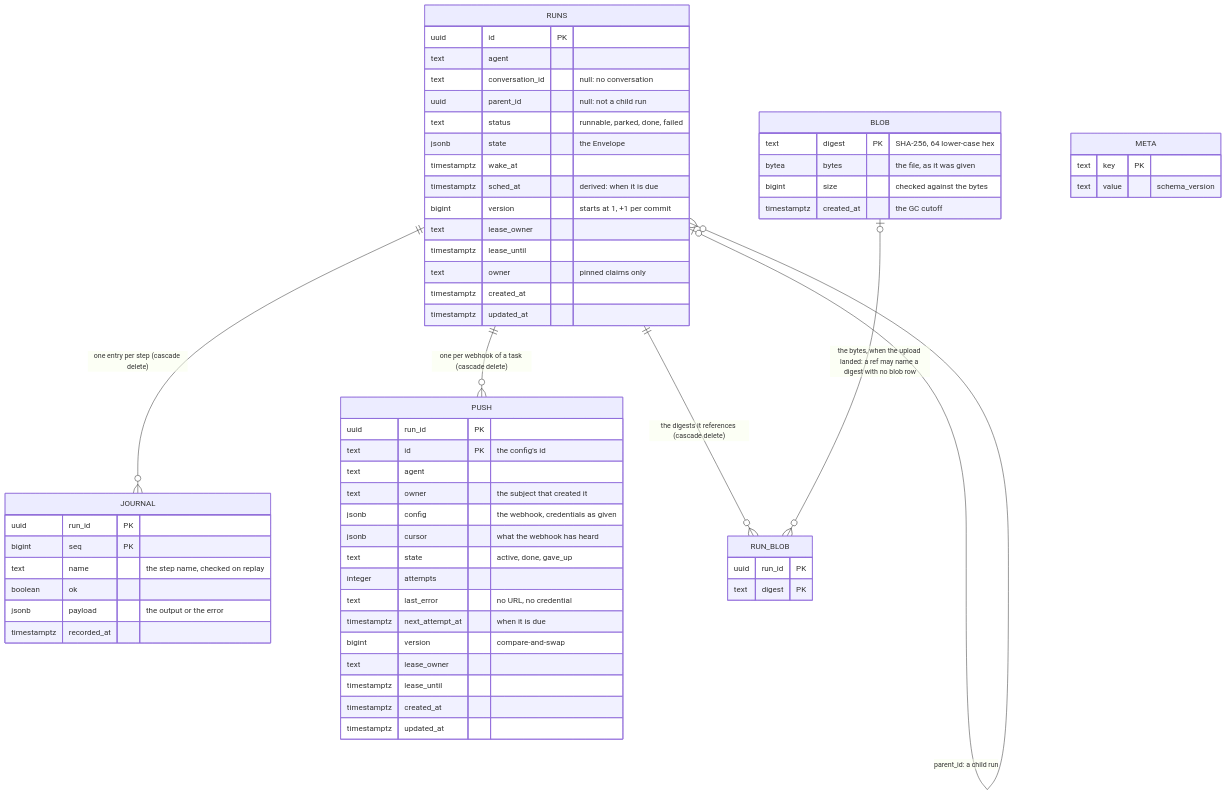
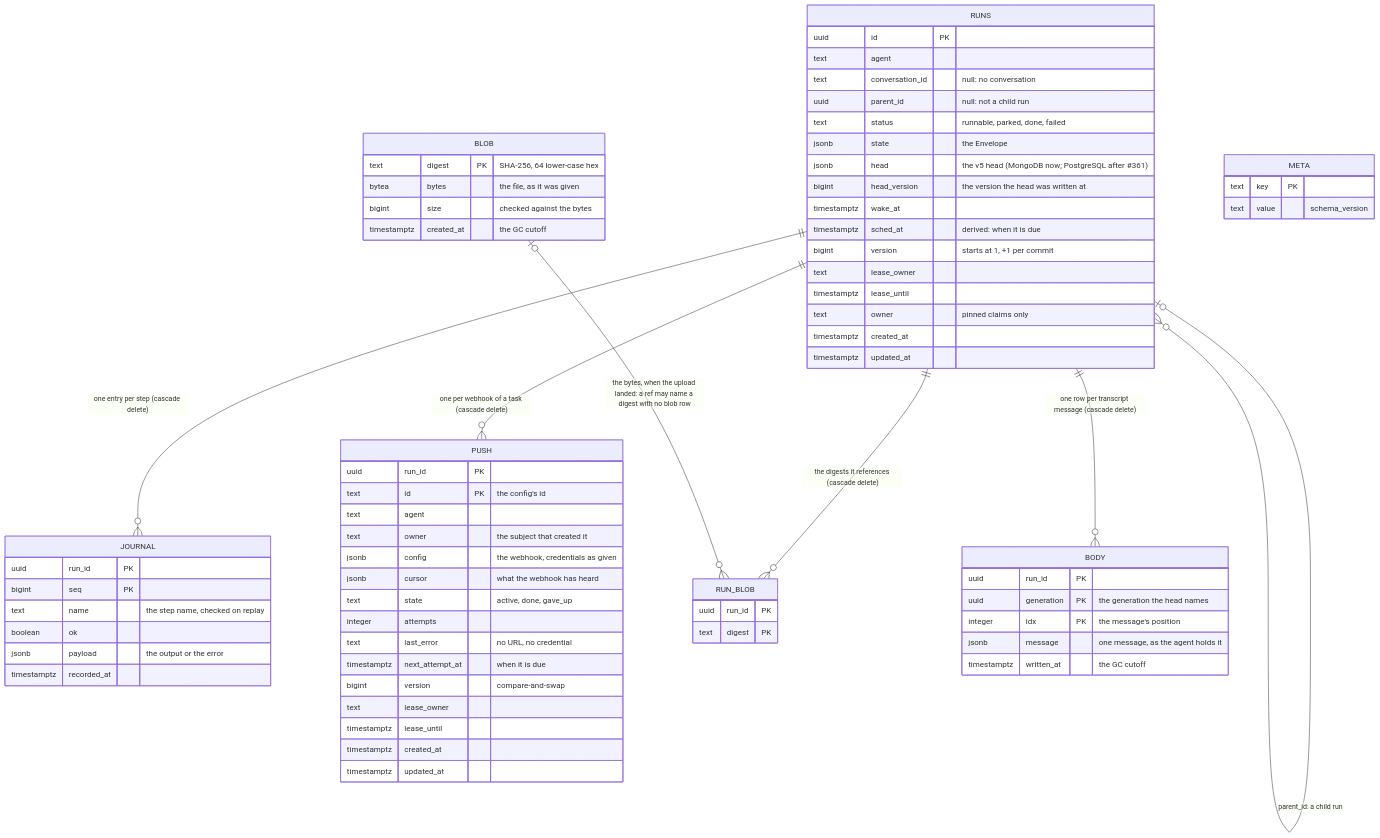
One commit to vymalo/another-adam-rs changed diagram 16 of 26 in docs/architecture.md. Above: the diagram before and after it, drawn with Mermaid. The commit also changed other lines of this file and 40 other files, not shown here.

First line of the commit message:
feat(store): write the head and the body beside the state (schema v5, part 2) (#220)

````diff
--- a/docs/architecture.md
+++ b/docs/architecture.md
@@ -914,63 +918,73 @@
 ```mermaid
 erDiagram
     RUNS ||--o{ JOURNAL : "one entry per step (cascade delete)"
     RUNS ||--o{ PUSH : "one per webhook of a task (cascade delete)"
     RUNS ||--o{ RUN_BLOB : "the digests it references (cascade delete)"
+    RUNS ||--o{ BODY : "one row per transcript message (cascade delete)"
     BLOB |o--o{ RUN_BLOB : "the bytes, when the upload landed: a ref may name a digest with no blob row"
     RUNS |o--o{ RUNS : "parent_id: a child run"
     RUNS {
         uuid id PK
         text agent
         text conversation_id "null: no conversation"
         uuid parent_id "null: not a child run"
         text status "runnable, parked, done, failed"
         jsonb state "the Envelope"
+        jsonb head "the v5 head (MongoDB now; PostgreSQL after #361)"
+        bigint head_version "the version the head was written at"
         timestamptz wake_at
         timestamptz sched_at "derived: when it is due"
         bigint version "starts at 1, +1 per commit"
         text lease_owner
         timestamptz lease_until
         text owner "pinned claims only"
         timestamptz created_at
         timestamptz updated_at
     }
     JOURNAL {
         uuid run_id PK
         bigint seq PK
         text name "the step name, checked on replay"
         boolean ok
         jsonb payload "the output or the error"
         timestamptz recorded_at
     }
     PUSH {
         uuid run_id PK
         text id PK "the config's id"
         text agent
         text owner "the subject that created it"
         jsonb config "the webhook, credentials as given"
         jsonb cursor "what the webhook has heard"
         text state "active, done, gave_up"
         integer attempts
         text last_error "no URL, no credential"
         timestamptz next_attempt_at "when it is due"
         bigint version "compare-and-swap"
         text lease_owner
         timestamptz lease_until
         timestamptz created_at
         timestamptz updated_at
     }
     BLOB {
         text digest PK "SHA-256, 64 lower-case hex"
         bytea bytes "the file, as it was given"
         bigint size "checked against the bytes"
         timestamptz created_at "the GC cutoff"
     }
     RUN_BLOB {
         uuid run_id PK
         text digest PK
     }
+    BODY {
+        uuid run_id PK
+        uuid generation PK "the generation the head names"
+        integer idx PK "the message's position"
+        jsonb message "one message, as the agent holds it"
+        timestamptz written_at "the GC cutoff"
+    }
     META {
         text key PK
         text value "schema_version"
     }
 ```
````
